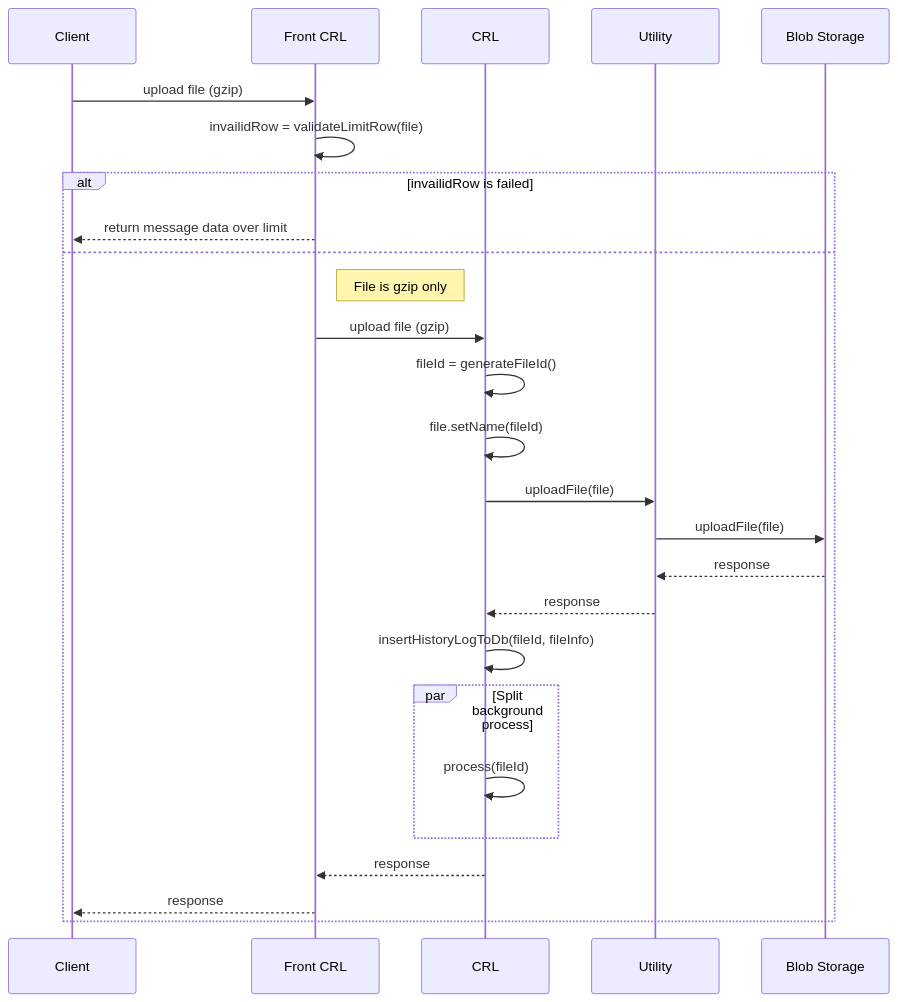
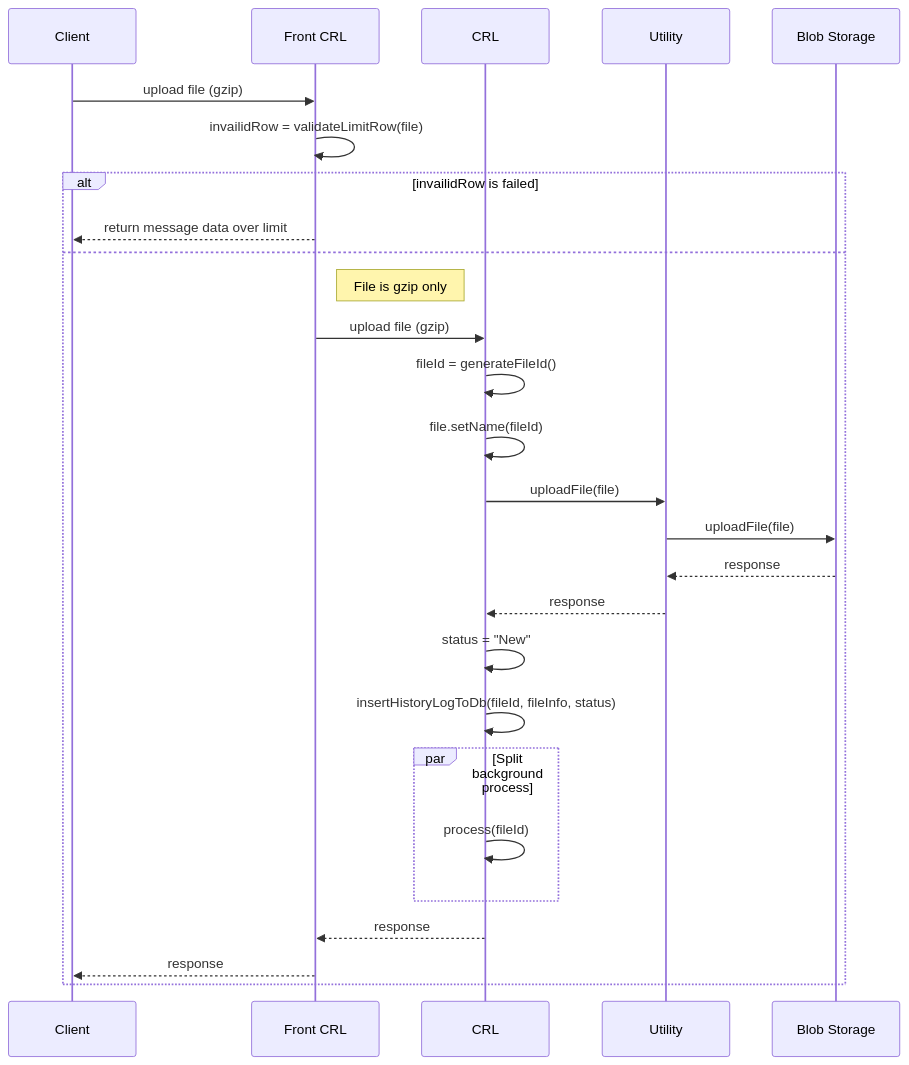
Before and after one commit to rosered11/org_document: the diagram in SPC/CRL/Sequence/sequence-flow1.md, drawn with Mermaid. The commit also changed 6 other files, not shown here.

````diff
--- a/SPC/CRL/Sequence/sequence-flow1.md
+++ b/SPC/CRL/Sequence/sequence-flow1.md
@@ -1,28 +1,29 @@
 ```mermaid
 sequenceDiagram
     participant Client
     participant Front CRL
     participant CRL
     participant Utility
     participant Blob Storage
     Client->>Front CRL: upload file (gzip)
     Front CRL->>Front CRL: invailidRow = validateLimitRow(file)
     alt invailidRow is failed
     Front CRL-->>Client: return message data over limit
     else
     Note right of Front CRL: File is gzip only
     Front CRL->> CRL: upload file (gzip)
     CRL->>CRL: fileId = generateFileId()
     CRL->>CRL: file.setName(fileId)
     CRL->>Utility: uploadFile(file)
     Utility->>Blob Storage: uploadFile(file)
     Blob Storage-->>Utility: response
     Utility-->> CRL: response
-    CRL->>CRL: insertHistoryLogToDb(fileId, fileInfo)
+    CRL->>CRL: status = "New"
+    CRL->>CRL: insertHistoryLogToDb(fileId, fileInfo, status)
     par Split background process
     CRL->>CRL: process(fileId)
     end
     CRL-->>Front CRL: response
     Front CRL-->>Client: response
     end
 ```
````
